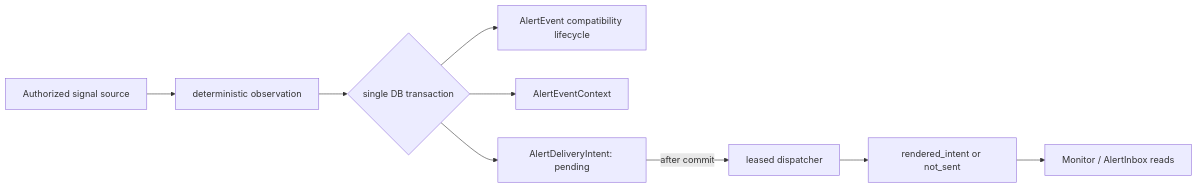
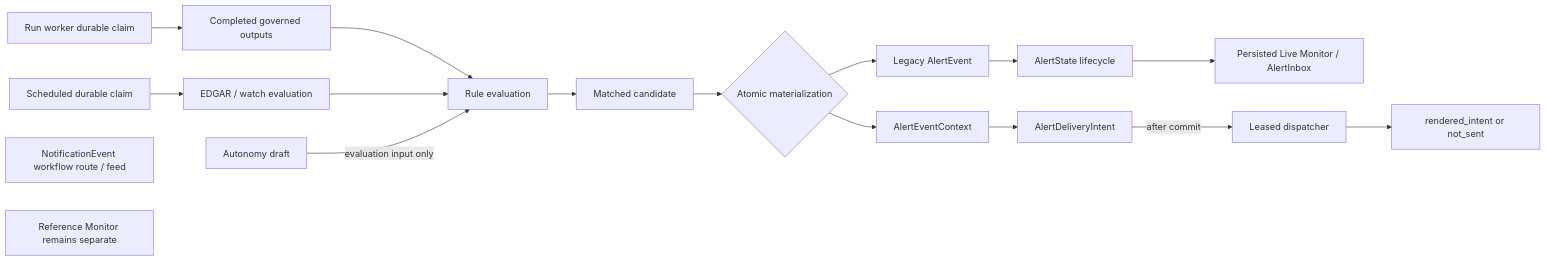
Before and after one commit to EricMG13/Credit-Operating-System: the diagram in caos/docs/qa/C3_MONITOR_ALERT_CONTRACT.md, drawn with Mermaid. The commit also changed other lines of this file and 1 other file, not shown here.

Commit message:
docs: complete C3 contract freeze

````diff
--- a/caos/docs/qa/C3_MONITOR_ALERT_CONTRACT.md
+++ b/caos/docs/qa/C3_MONITOR_ALERT_CONTRACT.md
@@ -25,11 +27,19 @@
 ```mermaid
 flowchart LR
-  S[Authorized signal source] --> O[deterministic observation]
-  O --> T{single DB transaction}
-  T --> E[AlertEvent compatibility lifecycle]
-  T --> C[AlertEventContext]
-  T --> I[AlertDeliveryIntent: pending]
-  I -->|after commit| W[leased dispatcher]
-  W --> R[rendered_intent or not_sent]
-  R --> M[Monitor / AlertInbox reads]
+  RW[Run worker durable claim] --> GO[Completed governed outputs]
+  GO --> RE[Rule evaluation]
+  SC[Scheduled durable claim] --> EW[EDGAR / watch evaluation]
+  EW --> RE
+  AD[Autonomy draft] -->|evaluation input only| RE
+  RE --> CA[Matched candidate]
+  CA --> TX{Atomic materialization}
+  TX --> AE[Legacy AlertEvent]
+  TX --> EC[AlertEventContext]
+  AE --> AS[AlertState lifecycle]
+  AS --> LM[Persisted Live Monitor / AlertInbox]
+  EC --> DI[AlertDeliveryIntent]
+  DI -->|after commit| LD[Leased dispatcher]
+  LD --> RI[rendered_intent or not_sent]
+  NE[NotificationEvent workflow route / feed]
+  RM[Reference Monitor remains separate]
 ```
````
